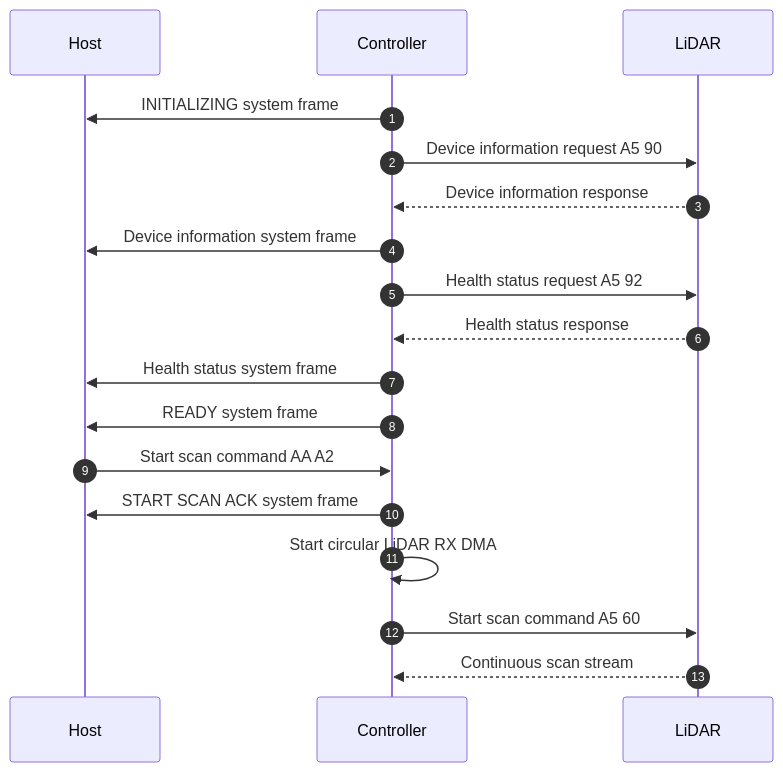
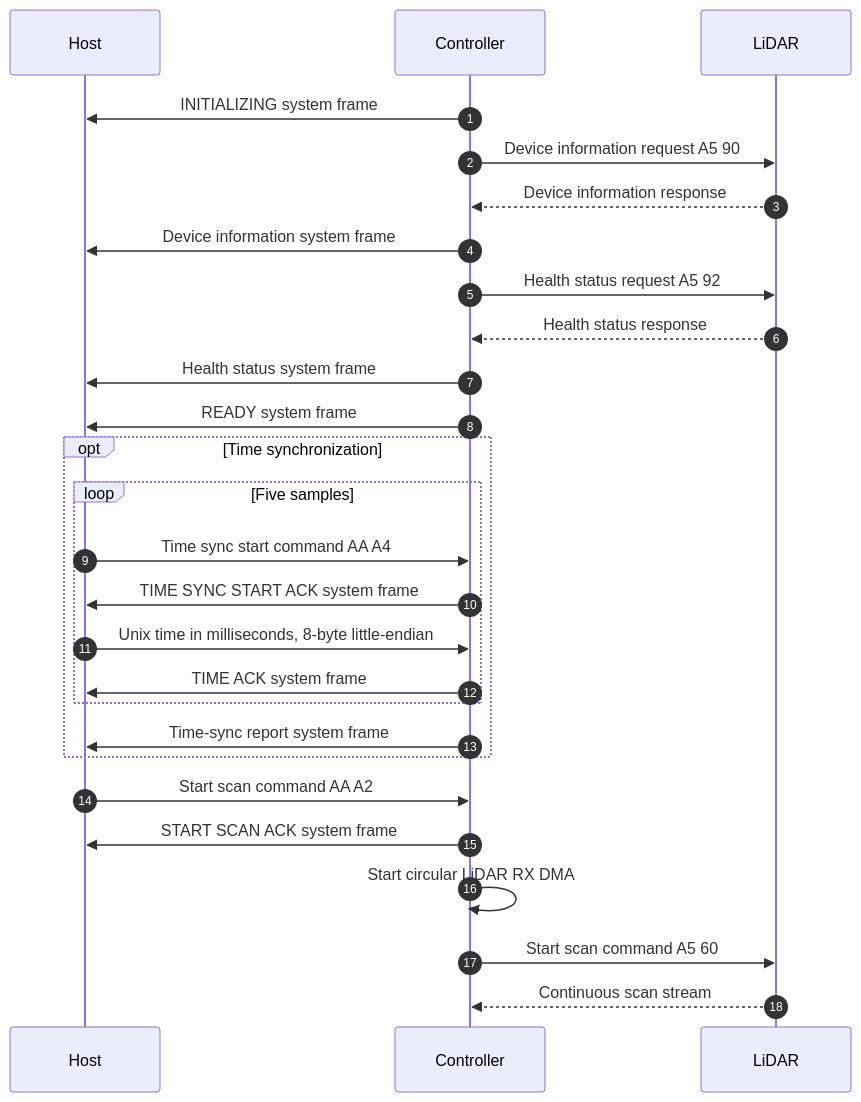
The first of 3 diagrams in docs/frame.md (kei185/sensor-echo), drawn with Mermaid before and after one commit. The commit also changed other lines of this file and 10 other files, not shown here.

Commit message:
[codex] feat: collect five time sync samples

````diff
--- a/docs/frame.md
+++ b/docs/frame.md
@@ -6,21 +6,30 @@
 ```mermaid
 sequenceDiagram
     autonumber
     participant Host
     participant Controller
     participant LiDAR
 
     Controller->>Host: INITIALIZING system frame
     Controller->>LiDAR: Device information request A5 90
     LiDAR-->>Controller: Device information response
     Controller->>Host: Device information system frame
     Controller->>LiDAR: Health status request A5 92
     LiDAR-->>Controller: Health status response
     Controller->>Host: Health status system frame
     Controller->>Host: READY system frame
+    opt Time synchronization
+        loop Five samples
+            Host->>Controller: Time sync start command AA A4
+            Controller->>Host: TIME SYNC START ACK system frame
+            Host->>Controller: Unix time in milliseconds, 8-byte little-endian
+            Controller->>Host: TIME ACK system frame
+        end
+        Controller->>Host: Time-sync report system frame
+    end
     Host->>Controller: Start scan command AA A2
     Controller->>Host: START SCAN ACK system frame
     Controller->>Controller: Start circular LiDAR RX DMA
     Controller->>LiDAR: Start scan command A5 60
     LiDAR-->>Controller: Continuous scan stream
 ```
````
